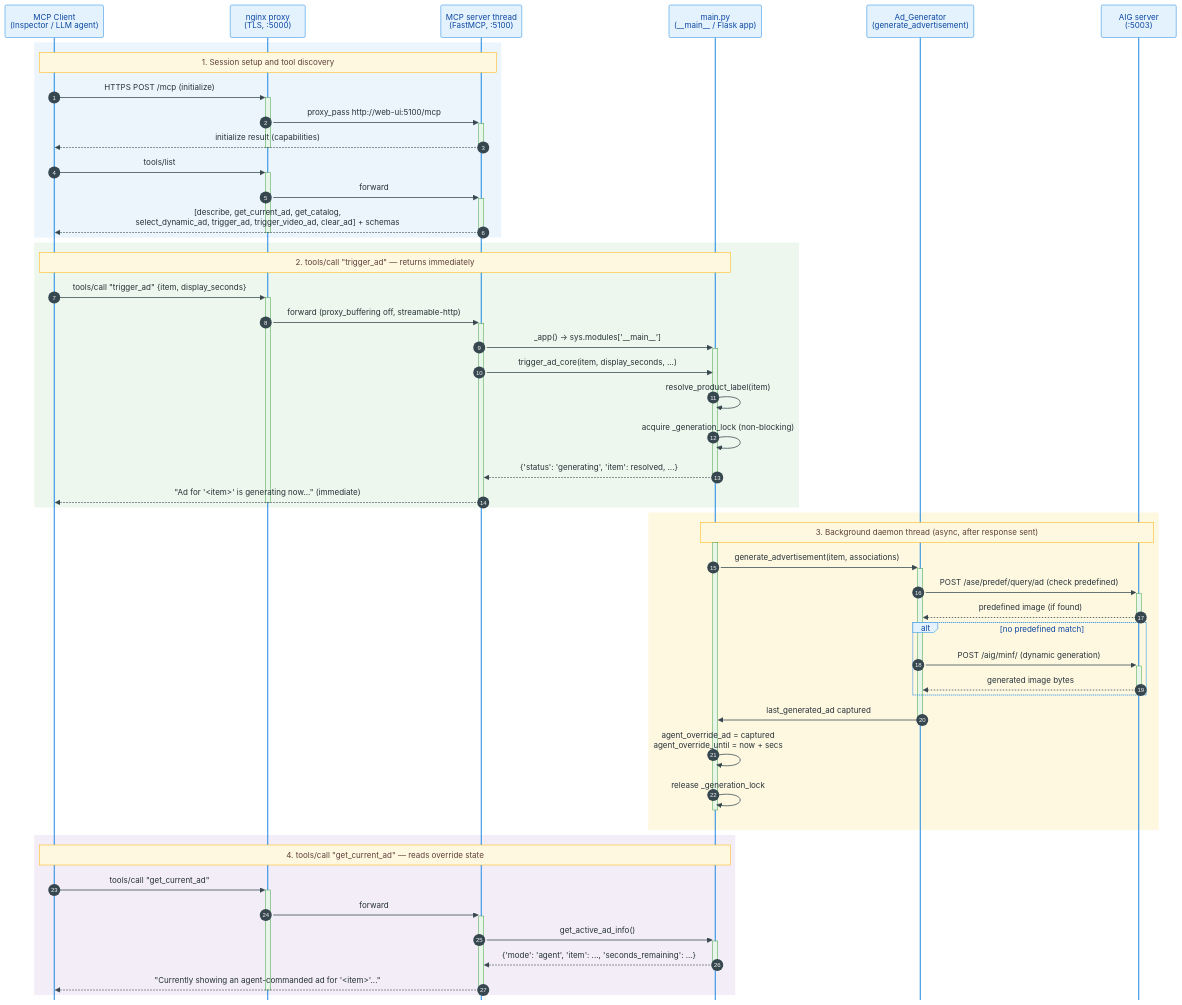
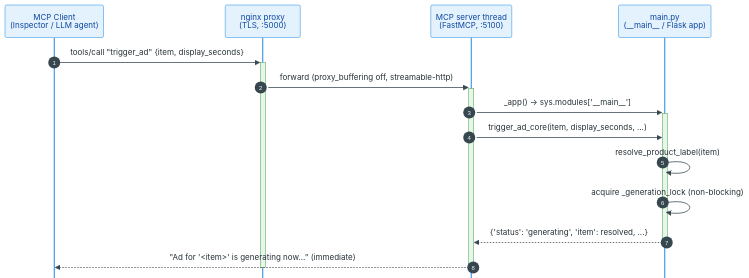
The second of 8 diagrams in docs/user-guide/how-to-guides/mcp-server-architecture.md (intel-retail/digital-signage), drawn with Mermaid before and after one commit. The commit also changed other lines of this file, not shown here.

First line of the commit message:
docs(mcp): split architecture diagrams so text is legible on GitHub

````diff
--- a/docs/user-guide/how-to-guides/mcp-server-architecture.md
+++ b/docs/user-guide/how-to-guides/mcp-server-architecture.md
@@ -104,82 +143,33 @@
 ```mermaid
 ---
 config:
   theme: base
   themeVariables:
-    fontSize: 14px
     actorBkg: "#E3F2FD"
     actorBorder: "#1E88E5"
     actorTextColor: "#0D47A1"
     signalColor: "#37474F"
     signalTextColor: "#263238"
-    noteBkgColor: "#FFF8E1"
-    noteBorderColor: "#FFB300"
-    noteTextColor: "#5D4037"
     activationBkgColor: "#E8F5E9"
     activationBorderColor: "#43A047"
   sequence:
     mirrorActors: false
     messageAlign: center
-    actorMargin: 60
 ---
 sequenceDiagram
     autonumber
     participant Client as MCP Client<br/>(Inspector / LLM agent)
     participant Nginx as nginx proxy<br/>(TLS, :5000)
     participant MCP as MCP server thread<br/>(FastMCP, :5100)
     participant Main as main.py<br/>(__main__ / Flask app)
-    participant AdGen as Ad_Generator<br/>(generate_advertisement)
-    participant AIG as AIG server<br/>(:5003)
 
-    rect rgb(236, 244, 252)
-        Note over Client,MCP: 1. Session setup and tool discovery
-        Client->>+Nginx: HTTPS POST /mcp (initialize)
-        Nginx->>+MCP: proxy_pass http://web-ui:5100/mcp
-        MCP-->>-Client: initialize result (capabilities)
-        deactivate Nginx
-
-        Client->>+Nginx: tools/list
-        Nginx->>+MCP: forward
-        MCP-->>-Client: [describe, get_current_ad, get_catalog,<br/>select_dynamic_ad, trigger_ad, trigger_video_ad, clear_ad] + schemas
-        deactivate Nginx
-    end
-
-    rect rgb(237, 247, 237)
-        Note over Client,Main: 2. tools/call "trigger_ad" — returns immediately
-        Client->>+Nginx: tools/call "trigger_ad" {item, display_seconds}
-        Nginx->>+MCP: forward (proxy_buffering off, streamable-http)
-        MCP->>+Main: _app() -> sys.modules['__main__']
-        MCP->>Main: trigger_ad_core(item, display_seconds, ...)
-        Main->>Main: resolve_product_label(item)
-        Main->>Main: acquire _generation_lock (non-blocking)
-        Main-->>-MCP: {'status': 'generating', 'item': resolved, ...}
-        MCP-->>-Client: "Ad for '<item>' is generating now..." (immediate)
-        deactivate Nginx
-    end
-
-    rect rgb(255, 248, 225)
-        Note over Main,AIG: 3. Background daemon thread (async, after response sent)
-        activate Main
-        Main->>+AdGen: generate_advertisement(item, associations)
-        AdGen->>+AIG: POST /ase/predef/query/ad (check predefined)
-        AIG-->>-AdGen: predefined image (if found)
-        alt no predefined match
-            AdGen->>+AIG: POST /aig/minf/ (dynamic generation)
-            AIG-->>-AdGen: generated image bytes
-        end
-        AdGen->>-Main: last_generated_ad captured
-        Main->>Main: agent_override_ad = captured<br/>agent_override_until = now + secs
-        Main->>Main: release _generation_lock
-        deactivate Main
-    end
-
-    rect rgb(243, 237, 247)
-        Note over Client,Main: 4. tools/call "get_current_ad" — reads override state
-        Client->>+Nginx: tools/call "get_current_ad"
-        Nginx->>+MCP: forward
-        MCP->>+Main: get_active_ad_info()
-        Main-->>-MCP: {'mode': 'agent', 'item': ..., 'seconds_remaining': ...}
-        MCP-->>-Client: "Currently showing an agent-commanded ad for '<item>'..."
-        deactivate Nginx
-    end
+    Client->>+Nginx: tools/call "trigger_ad" {item, display_seconds}
+    Nginx->>+MCP: forward (proxy_buffering off, streamable-http)
+    MCP->>+Main: _app() -> sys.modules['__main__']
+    MCP->>Main: trigger_ad_core(item, display_seconds, ...)
+    Main->>Main: resolve_product_label(item)
+    Main->>Main: acquire _generation_lock (non-blocking)
+    Main-->>-MCP: {'status': 'generating', 'item': resolved, ...}
+    MCP-->>-Client: "Ad for '<item>' is generating now..." (immediate)
+    deactivate Nginx
 ```
````
